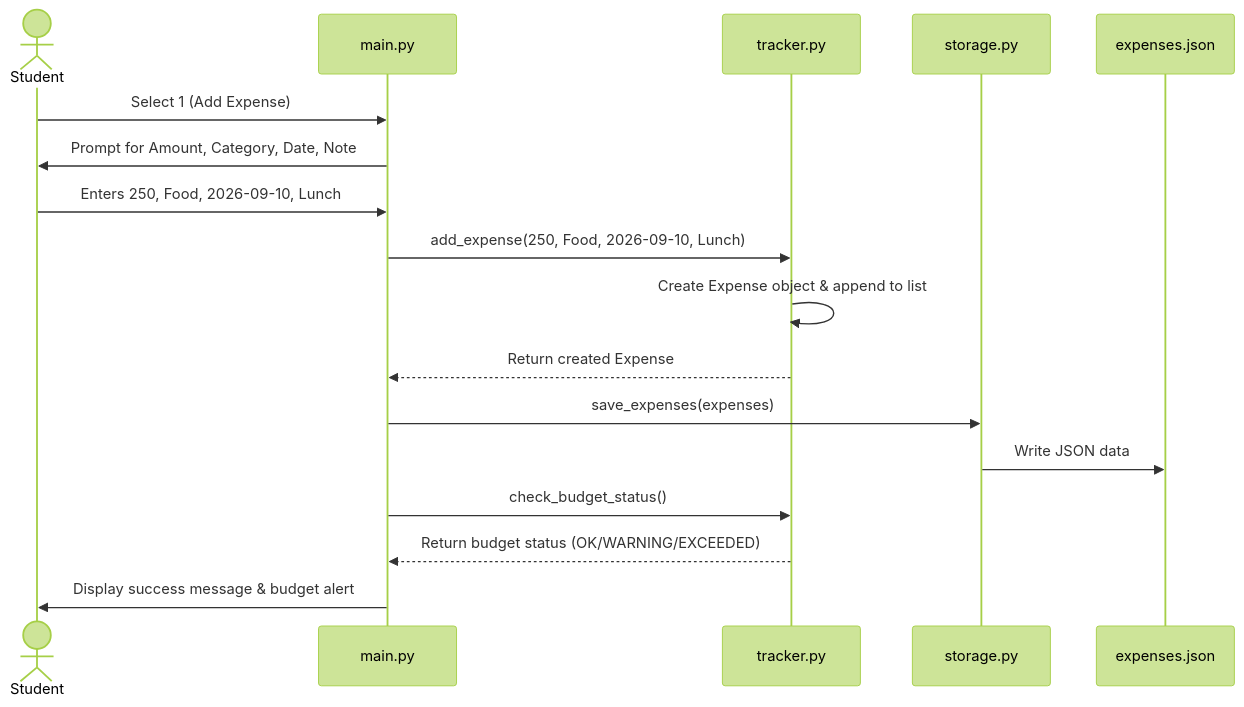
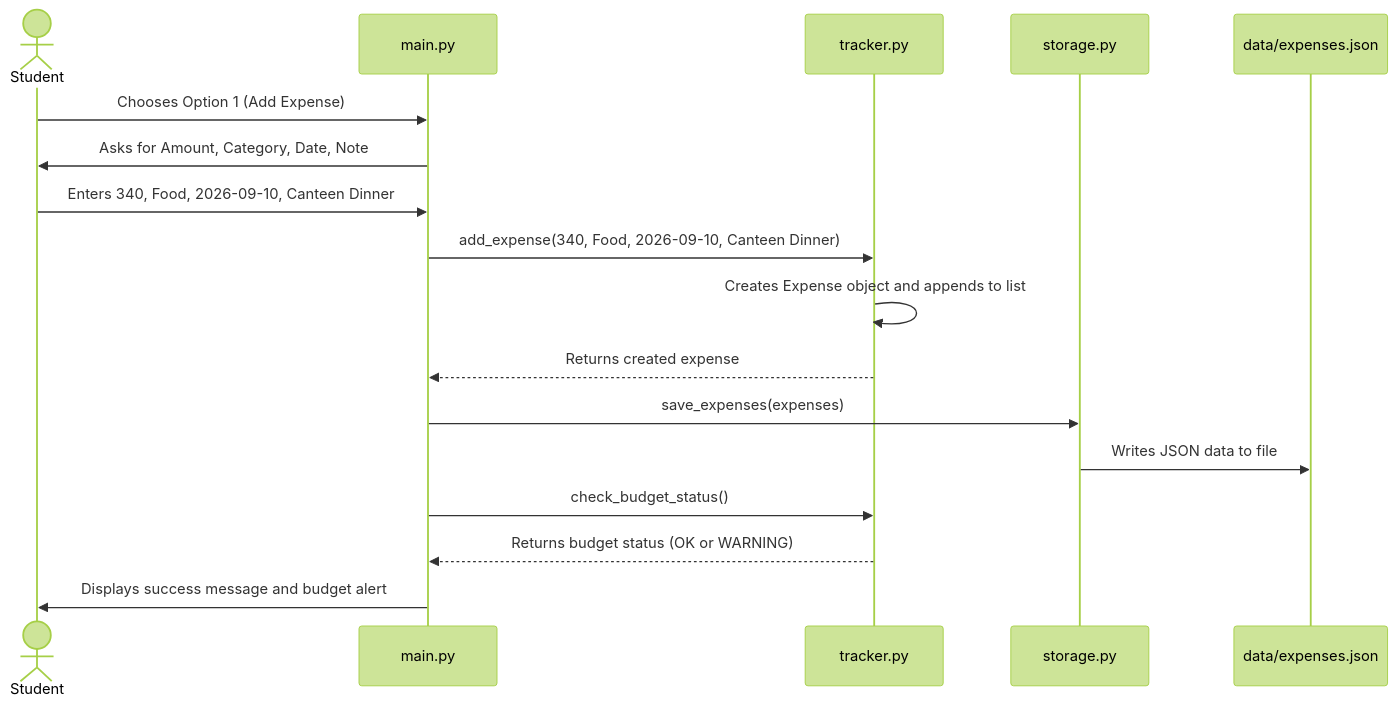
Before and after one commit to Aditya26bai10148-creator/student-expense-tracker: the fourth of 5 diagrams in PROJECT_REPORT.md, drawn with Mermaid (forest theme). The commit also changed other lines of this file and 2 other files, not shown here.

Commit message:
Humanize report and documentation with natural student tone and campus context

````diff
--- a/PROJECT_REPORT.md
+++ b/PROJECT_REPORT.md
@@ -109,20 +126,20 @@
 ```mermaid
 sequenceDiagram
     actor Student
     participant Main as main.py
     participant Tracker as tracker.py
     participant Storage as storage.py
-    participant File as expenses.json
+    participant File as data/expenses.json
 
-    Student->>Main: Select 1 (Add Expense)
-    Main->>Student: Prompt for Amount, Category, Date, Note
-    Student->>Main: Enters 250, Food, 2026-09-10, Lunch
-    Main->>Tracker: add_expense(250, Food, 2026-09-10, Lunch)
-    Tracker->>Tracker: Create Expense object & append to list
-    Tracker-->>Main: Return created Expense
+    Student->>Main: Chooses Option 1 (Add Expense)
+    Main->>Student: Asks for Amount, Category, Date, Note
+    Student->>Main: Enters 340, Food, 2026-09-10, Canteen Dinner
+    Main->>Tracker: add_expense(340, Food, 2026-09-10, Canteen Dinner)
+    Tracker->>Tracker: Creates Expense object and appends to list
+    Tracker-->>Main: Returns created expense
     Main->>Storage: save_expenses(expenses)
-    Storage->>File: Write JSON data
+    Storage->>File: Writes JSON data to file
     Main->>Tracker: check_budget_status()
-    Tracker-->>Main: Return budget status (OK/WARNING/EXCEEDED)
-    Main->>Student: Display success message & budget alert
+    Tracker-->>Main: Returns budget status (OK or WARNING)
+    Main->>Student: Displays success message and budget alert
 ```
````
